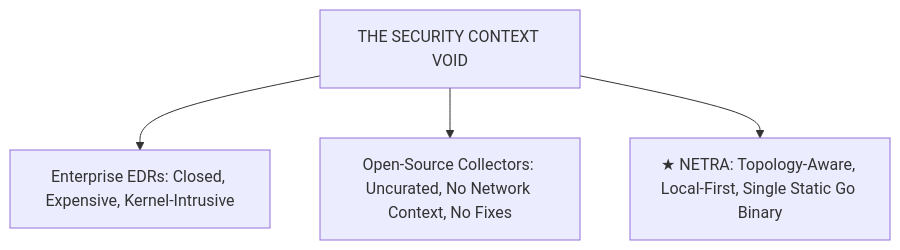
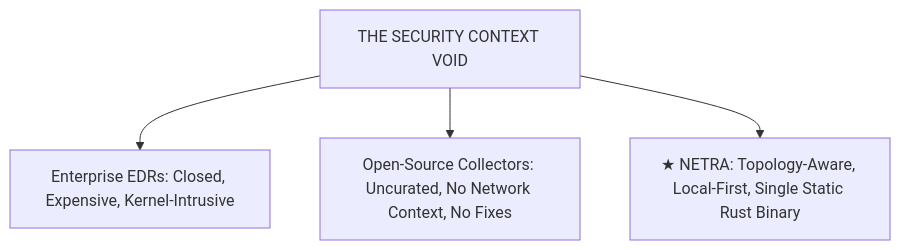
Before and after one commit to Subhadip-Paul2006/NETRA-Backend: the second of 5 diagrams in docs/PRD.md, drawn with Mermaid. The commit also changed other lines of this file and 13 other files, not shown here.

Commit message:
docs: finalize Rust-first systems architecture lock across all 16 specifications

````diff
--- a/docs/PRD.md
+++ b/docs/PRD.md
@@ -50,7 +50,7 @@
 ```mermaid
 flowchart TD
     Void["THE SECURITY CONTEXT VOID"]
     Void --> EDR["Enterprise EDRs: Closed, Expensive, Kernel-Intrusive"]
     Void --> Raw["Open-Source Collectors: Uncurated, No Network Context, No Fixes"]
-    Void --> NETRA["★ NETRA: Topology-Aware, Local-First, Single Static Go Binary"]
+    Void --> NETRA["★ NETRA: Topology-Aware, Local-First, Single Static Rust Binary"]
 ```
````
